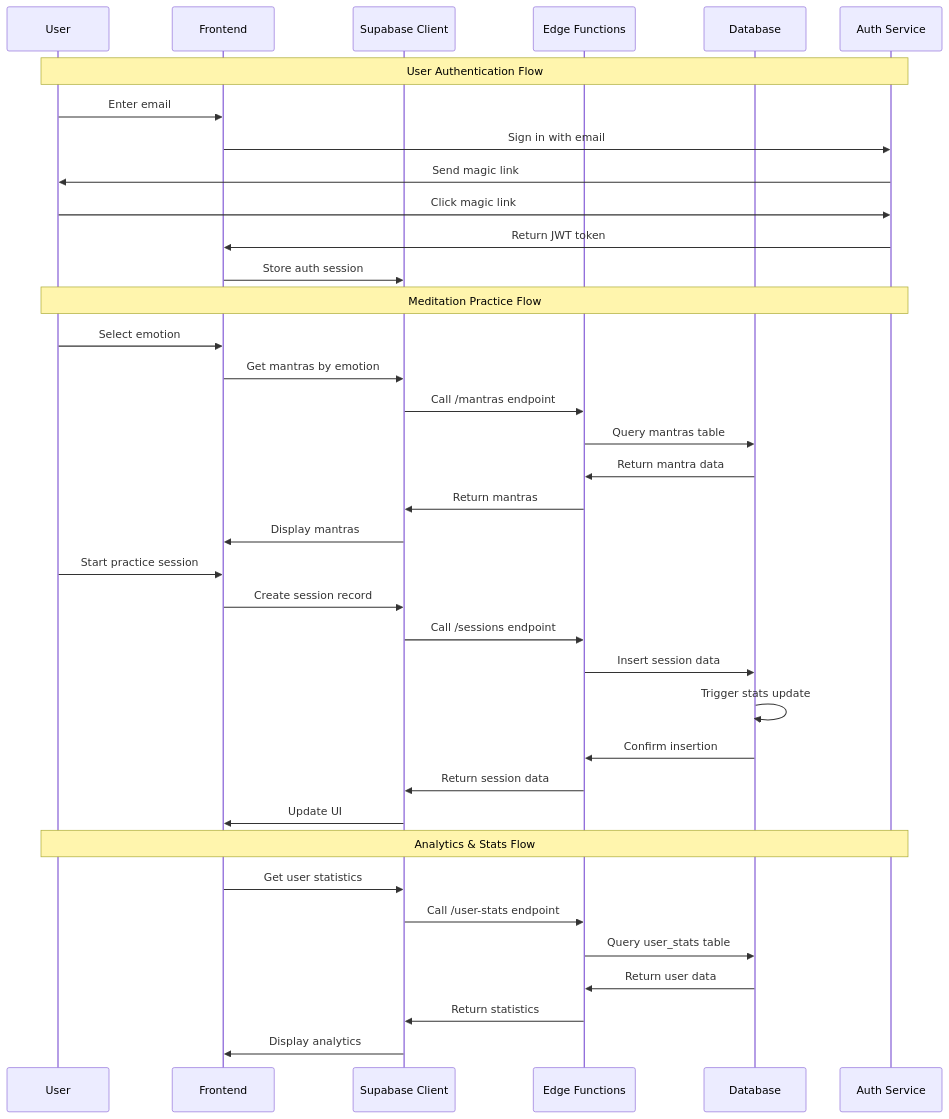
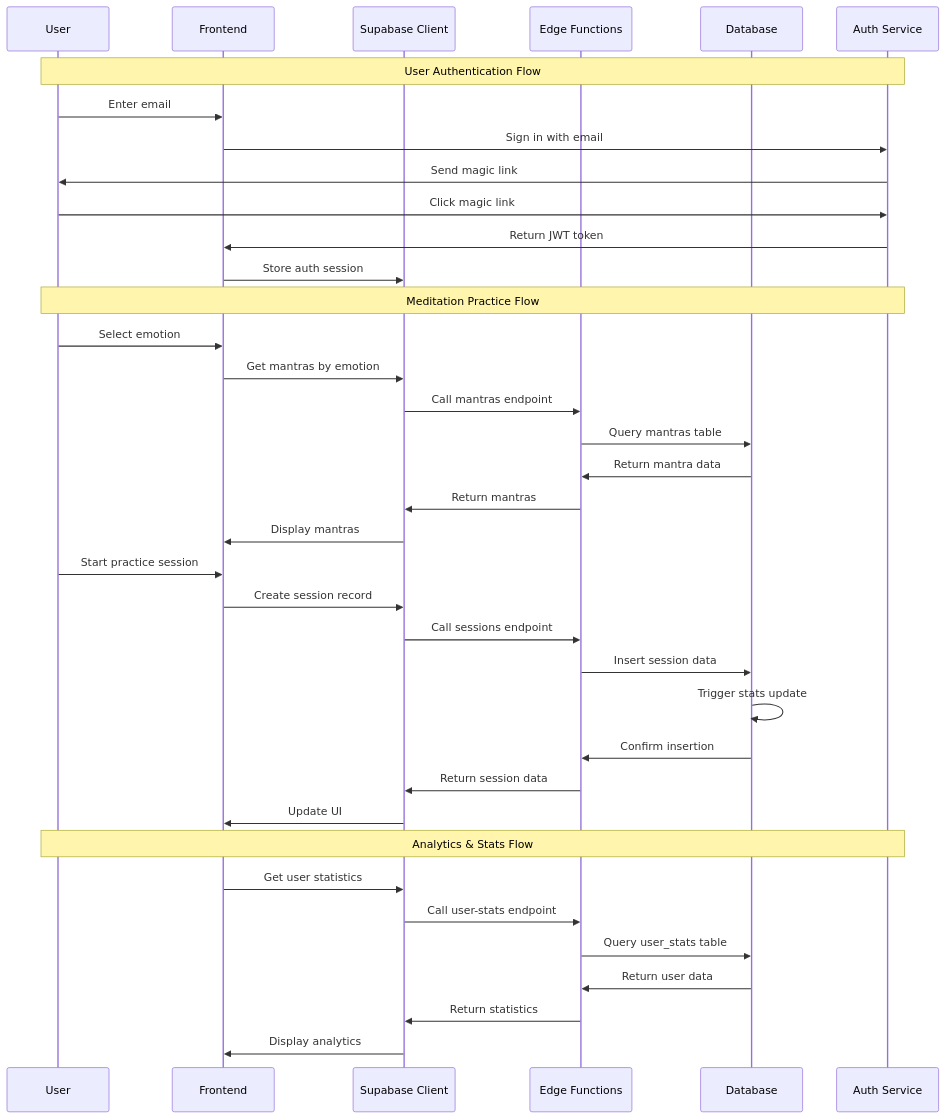
One commit to life-universe025/Emotion-mantra-mapping changed the third of 6 diagrams in README.md. Above: the diagram before and after it, drawn with Mermaid. The commit also changed other lines of this file, not shown here.

````diff
--- a/README.md
+++ b/README.md
@@ -310,43 +310,43 @@
 ```mermaid
 sequenceDiagram
     participant U as User
     participant F as Frontend
     participant S as Supabase Client
     participant E as Edge Functions
     participant D as Database
     participant A as Auth Service
     
     Note over U,A: User Authentication Flow
     U->>F: Enter email
     F->>A: Sign in with email
     A->>U: Send magic link
     U->>A: Click magic link
     A->>F: Return JWT token
     F->>S: Store auth session
     
     Note over U,A: Meditation Practice Flow
     U->>F: Select emotion
     F->>S: Get mantras by emotion
-    S->>E: Call /mantras endpoint
+    S->>E: Call mantras endpoint
     E->>D: Query mantras table
     D->>E: Return mantra data
     E->>S: Return mantras
     S->>F: Display mantras
     
     U->>F: Start practice session
     F->>S: Create session record
-    S->>E: Call /sessions endpoint
+    S->>E: Call sessions endpoint
     E->>D: Insert session data
     D->>D: Trigger stats update
     D->>E: Confirm insertion
     E->>S: Return session data
     S->>F: Update UI
     
     Note over U,A: Analytics & Stats Flow
     F->>S: Get user statistics
-    S->>E: Call /user-stats endpoint
+    S->>E: Call user-stats endpoint
     E->>D: Query user_stats table
     D->>E: Return user data
     E->>S: Return statistics
     S->>F: Display analytics
 ```
````
